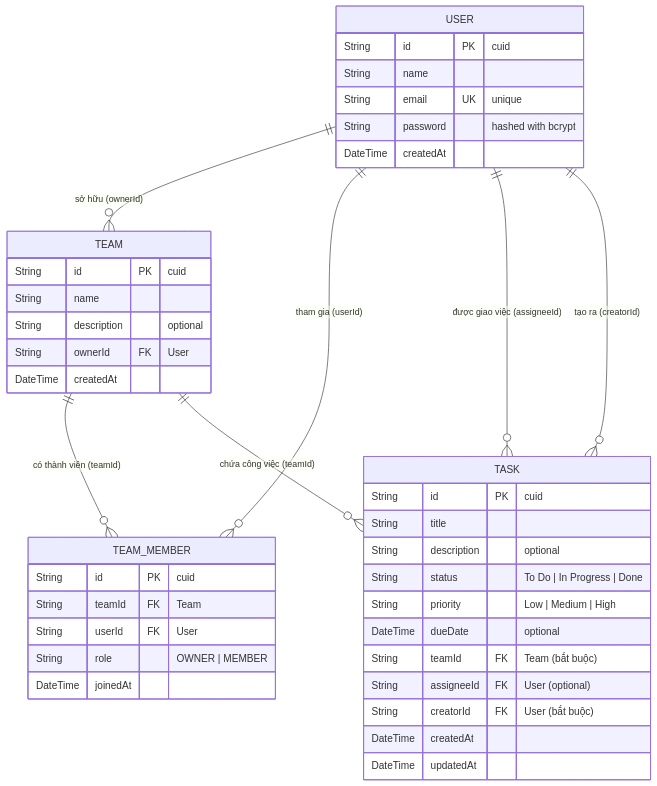
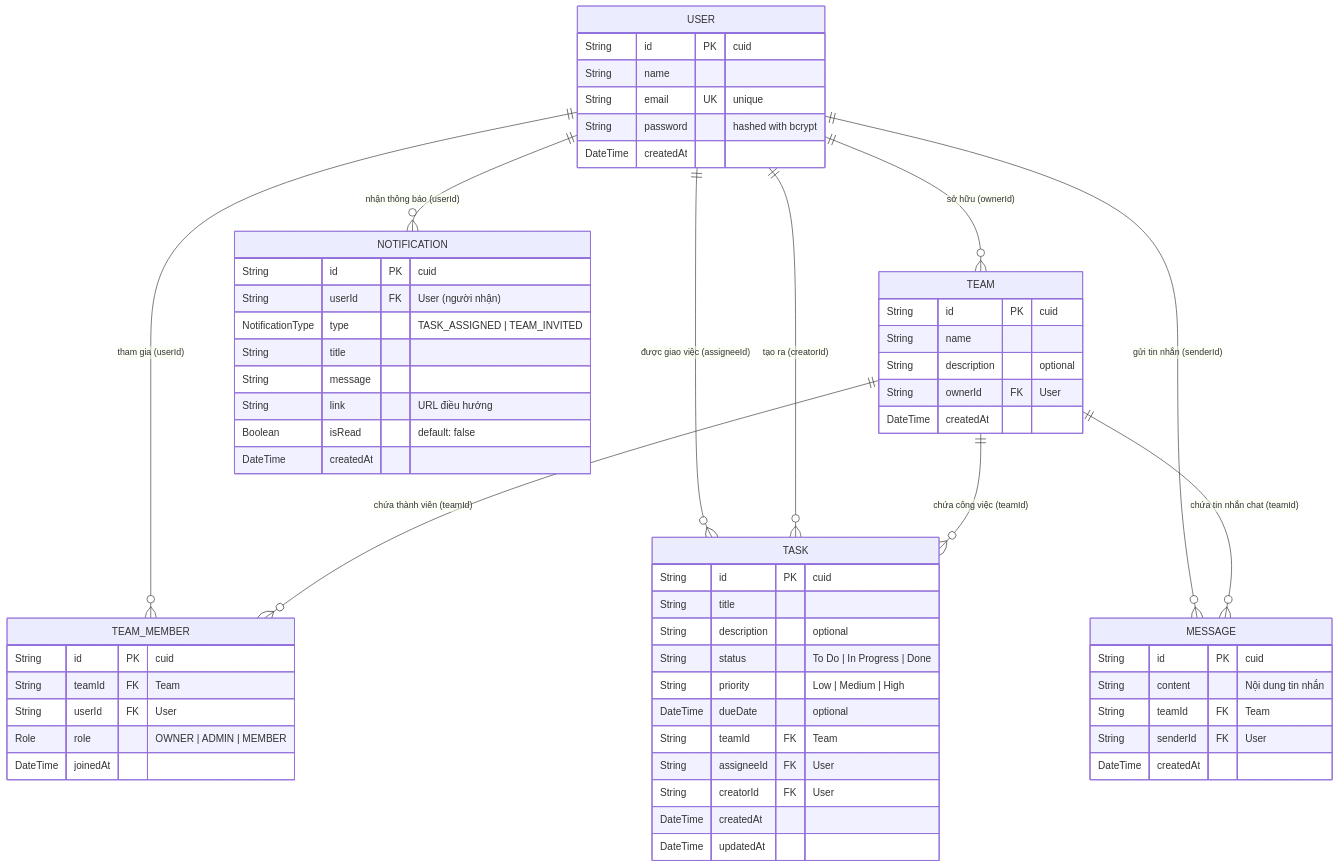
Before and after one commit to KimChiHa23/Assignment_SDN302: the diagram in README.md, drawn with Mermaid. The commit also changed other lines of this file and 2 other files, not shown here.

Commit message:
feat(workspace): integrate live chat and member management into team page with unique key fixes and updated docs

````diff
--- a/README.md
+++ b/README.md
@@ -23,47 +28,70 @@
 ```mermaid
 erDiagram
     USER ||--o{ TEAM : "sở hữu (ownerId)"
     USER ||--o{ TEAM_MEMBER : "tham gia (userId)"
     USER ||--o{ TASK : "được giao việc (assigneeId)"
     USER ||--o{ TASK : "tạo ra (creatorId)"
-    TEAM ||--o{ TEAM_MEMBER : "có thành viên (teamId)"
+    USER ||--o{ MESSAGE : "gửi tin nhắn (senderId)"
+    USER ||--o{ NOTIFICATION : "nhận thông báo (userId)"
+
+    TEAM ||--o{ TEAM_MEMBER : "chứa thành viên (teamId)"
     TEAM ||--o{ TASK : "chứa công việc (teamId)"
+    TEAM ||--o{ MESSAGE : "chứa tin nhắn chat (teamId)"
 
     USER {
         String id PK "cuid"
         String name
         String email UK "unique"
         String password "hashed with bcrypt"
         DateTime createdAt
     }
 
     TEAM {
         String id PK "cuid"
         String name
         String description "optional"
         String ownerId FK "User"
         DateTime createdAt
     }
 
     TEAM_MEMBER {
         String id PK "cuid"
         String teamId FK "Team"
         String userId FK "User"
-        String role "OWNER | MEMBER"
+        Role role "OWNER | ADMIN | MEMBER"
         DateTime joinedAt
     }
 
     TASK {
         String id PK "cuid"
         String title
         String description "optional"
         String status "To Do | In Progress | Done"
         String priority "Low | Medium | High"
         DateTime dueDate "optional"
-        String teamId FK "Team (bắt buộc)"
-        String assigneeId FK "User (optional)"
-        String creatorId FK "User (bắt buộc)"
+        String teamId FK "Team"
+        String assigneeId FK "User"
+        String creatorId FK "User"
         DateTime createdAt
         DateTime updatedAt
     }
+
+    MESSAGE {
+        String id PK "cuid"
+        String content "Nội dung tin nhắn"
+        String teamId FK "Team"
+        String senderId FK "User"
+        DateTime createdAt
+    }
+
+    NOTIFICATION {
+        String id PK "cuid"
+        String userId FK "User (người nhận)"
+        NotificationType type "TASK_ASSIGNED | TEAM_INVITED"
+        String title
+        String message
+        String link "URL điều hướng"
+        Boolean isRead "default: false"
+        DateTime createdAt
+    }
 ```
````
